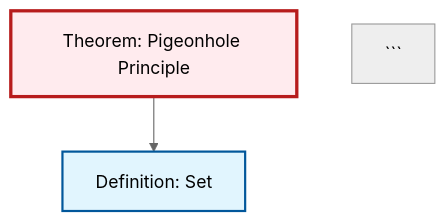
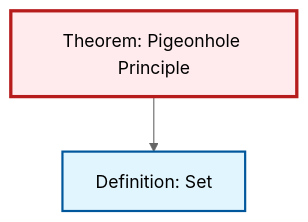
The diagram in output/mermaid/thm-pigeonhole-principle.mermaid (RK0429/ModernMath), drawn with Mermaid (neutral theme) before and after one commit. The commit also changed 1197 other files, not shown here.

````diff
--- a/output/mermaid/thm-pigeonhole-principle.mermaid
+++ b/output/mermaid/thm-pigeonhole-principle.mermaid
@@ -1,12 +1,11 @@
 %%| fig-cap: "Local dependency graph"
 graph TD
     classDef definition fill:#e1f5fe,stroke:#01579b,stroke-width:2px
     classDef theorem fill:#f3e5f5,stroke:#4a148c,stroke-width:2px
     classDef axiom fill:#fff3e0,stroke:#e65100,stroke-width:2px
     classDef example fill:#e8f5e9,stroke:#1b5e20,stroke-width:2px
     classDef current fill:#ffebee,stroke:#b71c1c,stroke-width:3px
+    def-set["Definition: Set"]:::definition
     thm-pigeonhole-principle["Theorem: Pigeonhole Principle"]:::theorem
-    def-set["Definition: Set"]:::definition
     thm-pigeonhole-principle --> def-set
     class thm-pigeonhole-principle current
-```
````
